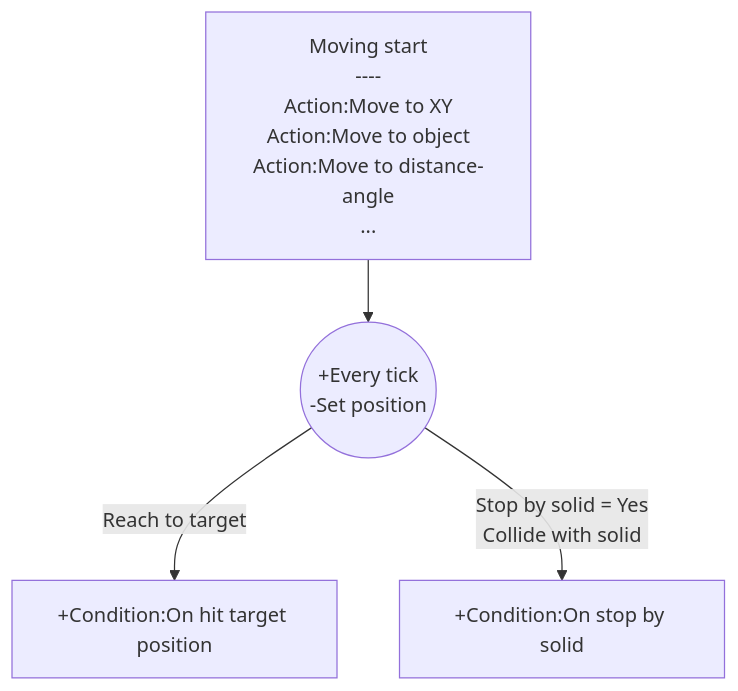
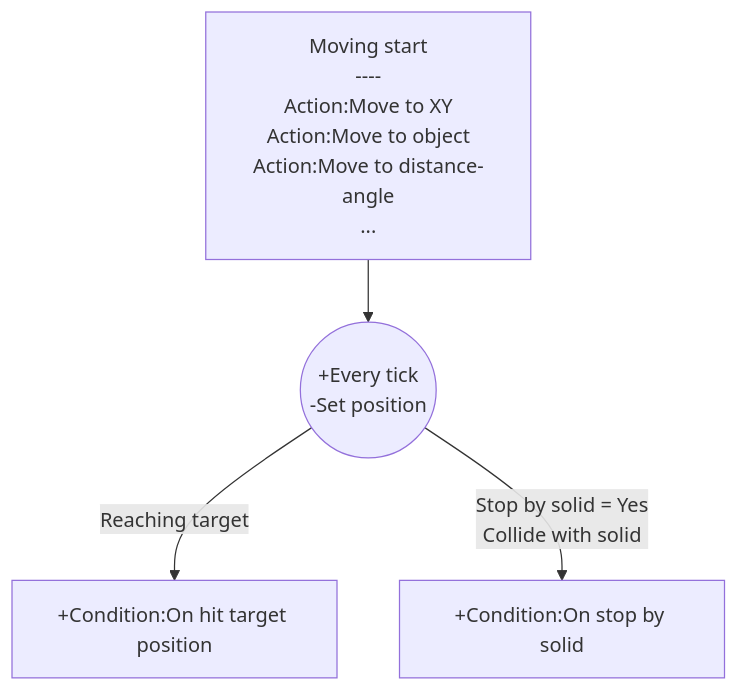
One commit to rexrainbow/C2RexDoc changed the diagram in plugins.md/rex_moveto.md. Above: the diagram before and after it, drawn with Mermaid. The commit also changed 1 other file, not shown here.

````diff
--- a/plugins.md/rex_moveto.md
+++ b/plugins.md/rex_moveto.md
@@ -27,6 +27,6 @@
 ```mermaid
 graph TB
 Start["Moving start<br>----<br>Action:Move to XY<br>Action:Move to object<br>Action:Move to distance-angle<br>..."] --> Moving((+Every tick<br>-Set position))
-Moving --> |Reach to target| OnHitTarget["+Condition:On hit target position"]
+Moving --> |Reaching target| OnHitTarget["+Condition:On hit target position"]
 Moving --> |"Stop by solid = Yes<br>Collide with solid"| OnHitSolid["+Condition:On stop by solid"]
 ```
````
